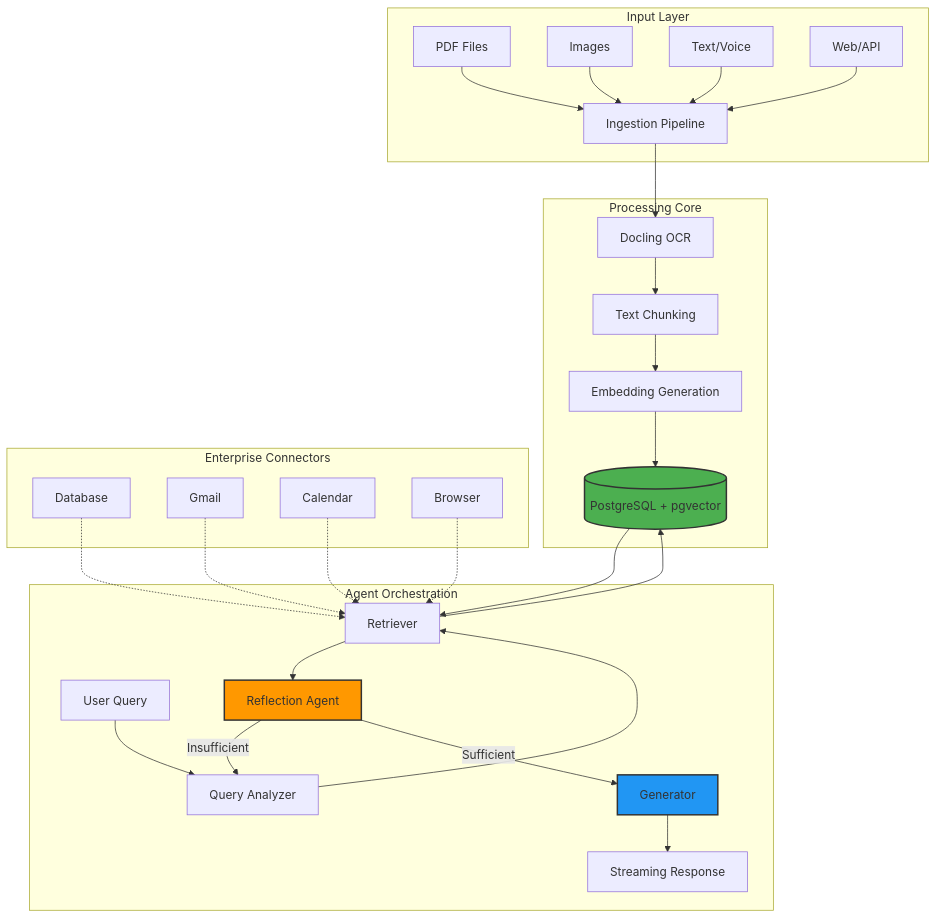
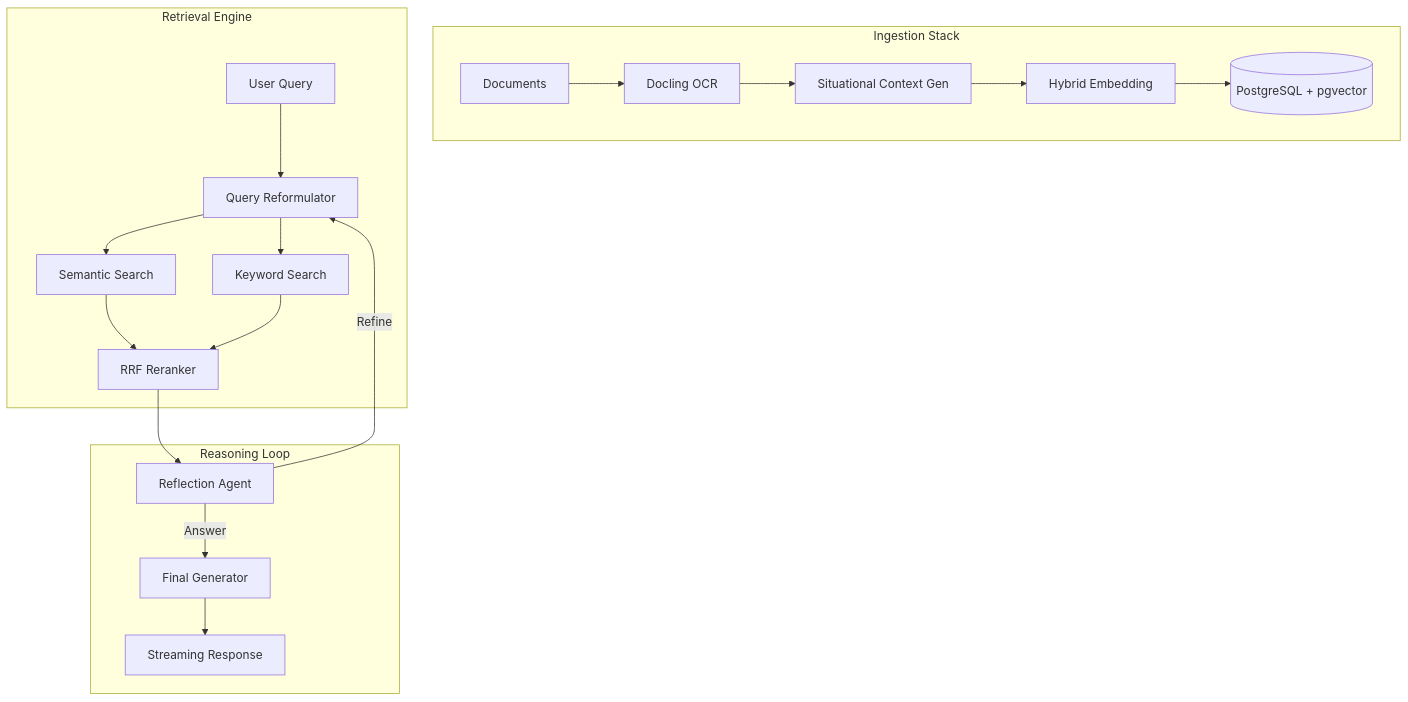
One commit to ImBharatkumar/Agentic-RAG-Platform changed the diagram in README.md. Above: the diagram before and after it, drawn with Mermaid. The commit also changed other lines of this file and 52 other files, not shown here.

Commit message:
added keyword search making it hybrid rag

````diff
--- a/README.md
+++ b/README.md
@@ -77,38 +27,24 @@
 ```mermaid
 graph TB
-    subgraph "Input Layer"
-        A[PDF Files] --> I[Ingestion Pipeline]
-        B[Images] --> I
-        C[Text/Voice] --> I
-        D[Web/API] --> I
+    subgraph "Ingestion Stack"
+        A[Documents] --> B[Docling OCR]
+        B --> C[Situational Context Gen]
+        C --> D[Hybrid Embedding]
+        D --> E[(PostgreSQL + pgvector)]
     end
     
-    subgraph "Processing Core"
-        I --> E[Docling OCR]
-        E --> F[Text Chunking]
-        F --> G[Embedding Generation]
-        G --> H[(PostgreSQL + pgvector)]
+    subgraph "Retrieval Engine"
+        Q[User Query] --> F[Query Reformulator]
+        F --> G[Semantic Search]
+        F --> H[Keyword Search]
+        G --> I[RRF Reranker]
+        H --> I
     end
     
-    subgraph "Agent Orchestration"
-        Q[User Query] --> J[Query Analyzer]
-        J --> K[Retriever]
-        K --> H
-        H --> K
-        K --> L[Reflection Agent]
-        L -->|Insufficient| J
-        L -->|Sufficient| M[Generator]
-        M --> N[Streaming Response]
+    subgraph "Reasoning Loop"
+        I --> J[Reflection Agent]
+        J -->|Refine| F
+        J -->|Answer| K[Final Generator]
+        K --> L[Streaming Response]
     end
-    
-    subgraph "Enterprise Connectors"
-        O[Database] -.-> K
-        P[Gmail] -.-> K
-        R[Calendar] -.-> K
-        S[Browser] -.-> K
-    end
-    
-    style H fill:#4CAF50,stroke:#333,stroke-width:2px
-    style M fill:#2196F3,stroke:#333,stroke-width:2px
-    style L fill:#FF9800,stroke:#333,stroke-width:2px
 ```
````
